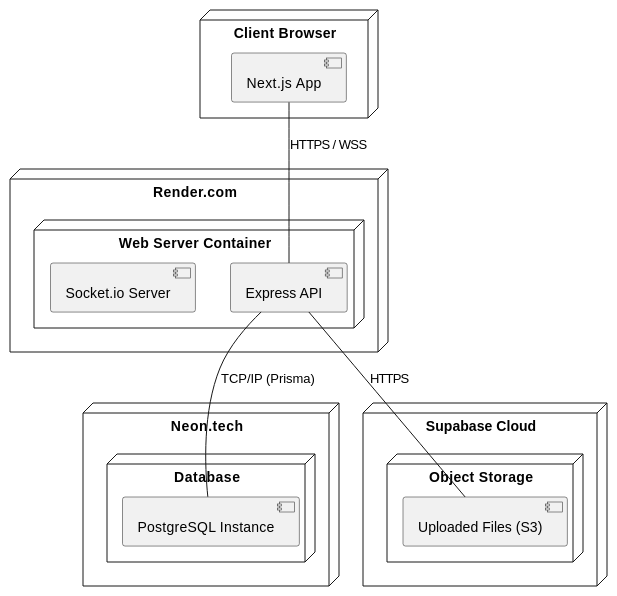
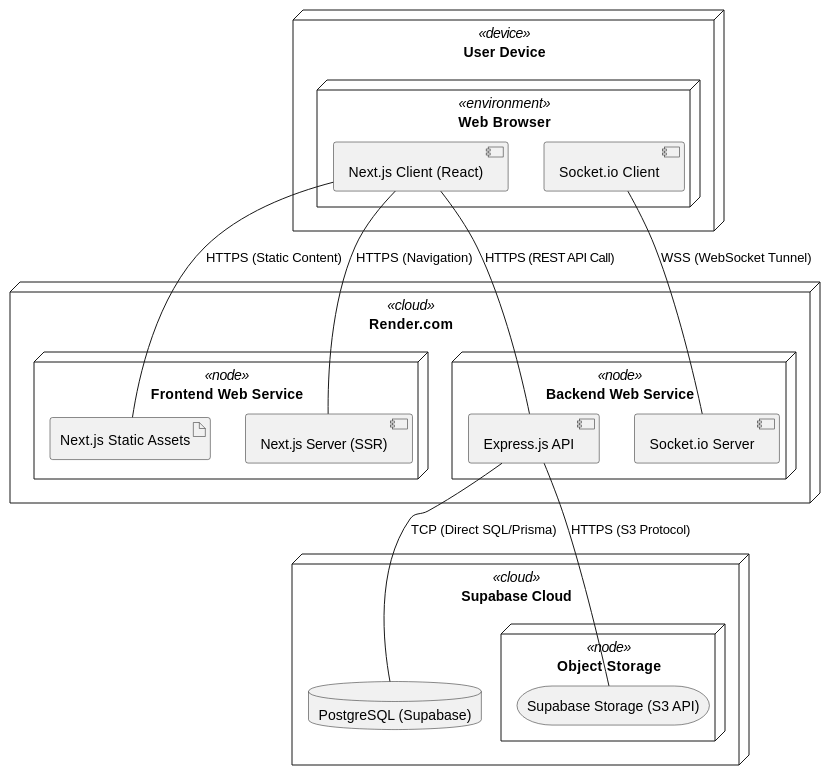
Diagram 11 of 12 in Document.md (BleakRed/notion-clone-project), drawn with PlantUML before and after one commit. The commit also changed other lines of this file and 7 other files, not shown here.

````diff
--- a/Document.md
+++ b/Document.md
@@ -203,30 +804,38 @@
 ```plantuml
 @startuml
-node "Client Browser" {
-  [Next.js App]
+skinparam componentStyle uml2
+
+node "User Device" <<device>> {
+    node "Web Browser" <<environment>> {
+        component "Next.js Client (React)" as ClientApp
+        component "Socket.io Client" as SocketC
+    }
 }
 
-node "Render.com" {
-  node "Web Server Container" {
-    [Express API]
-    [Socket.io Server]
-  }
+node "Render.com" <<cloud>> {
+    node "Frontend Web Service" <<node>> {
+        artifact "Next.js Static Assets" as Assets
+        component "Next.js Server (SSR)" as NextSrv
+    }
+
+    node "Backend Web Service" <<node>> {
+        component "Express.js API" as ExpressAPI
+        component "Socket.io Server" as SocketSrv
+    }
 }
 
-node "Neon.tech" {
-  node "Database" {
-    [PostgreSQL Instance]
-  }
+node "Supabase Cloud" <<cloud>> {
+    database "PostgreSQL (Supabase)" as DB
+    node "Object Storage" <<node>> {
+        storage "Supabase Storage (S3 API)" as OSS
+    }
 }
 
-node "Supabase Cloud" {
-  node "Object Storage" {
-    [Uploaded Files (S3)]
-  }
-}
-
-[Next.js App] -- [Express API] : HTTPS / WSS
-[Express API] -- [PostgreSQL Instance] : TCP/IP (Prisma)
-[Express API] -- [Uploaded Files (S3)] : HTTPS
+ClientApp -- NextSrv : HTTPS (Navigation)
+ClientApp -- Assets : HTTPS (Static Content)
+ClientApp -- ExpressAPI : HTTPS (REST API Call)
+SocketC -- SocketSrv : WSS (WebSocket Tunnel)
+ExpressAPI -- DB : TCP (Direct SQL/Prisma)
+ExpressAPI -- OSS : HTTPS (S3 Protocol)
 @enduml
 ```
````
